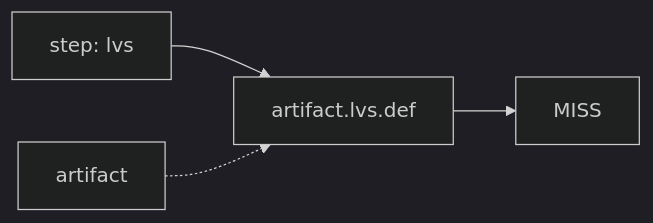
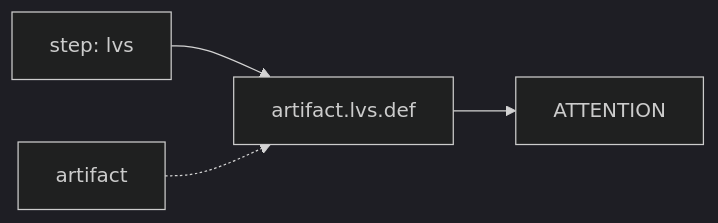
Before and after one commit to openecos-projects/ecc: diagram 22 of 56 in .github/signoff-board/signoff-kanban.md, drawn with Mermaid (dark theme). The commit also changed other lines of this file and 1 other file, not shown here.

````diff
--- a/.github/signoff-board/signoff-kanban.md
+++ b/.github/signoff-board/signoff-kanban.md
@@ -535,6 +545,6 @@
 ```mermaid
 flowchart LR
   step_artifact_lvs_def["step: lvs"] --> metric_artifact_lvs_def["artifact.lvs.def"]
-  metric_artifact_lvs_def --> state_artifact_lvs_def["MISS"]
+  metric_artifact_lvs_def --> state_artifact_lvs_def["ATTENTION"]
   cat_artifact_lvs_def["artifact"] -.-> metric_artifact_lvs_def
 ```
````
